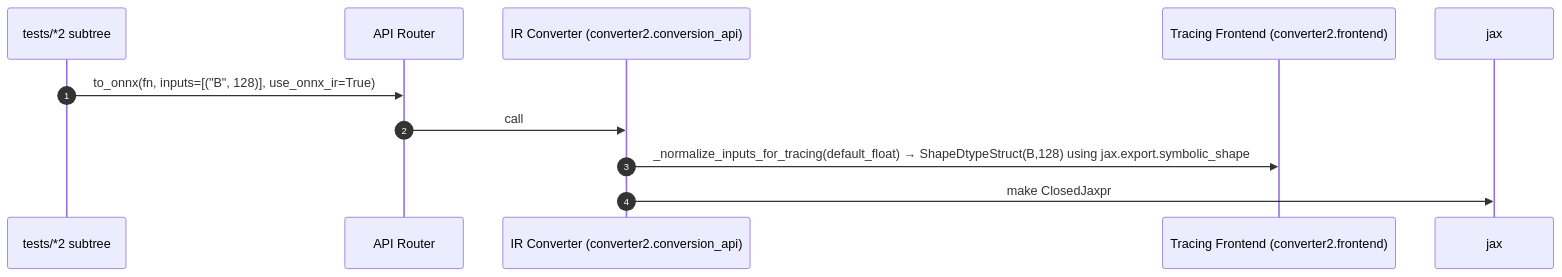
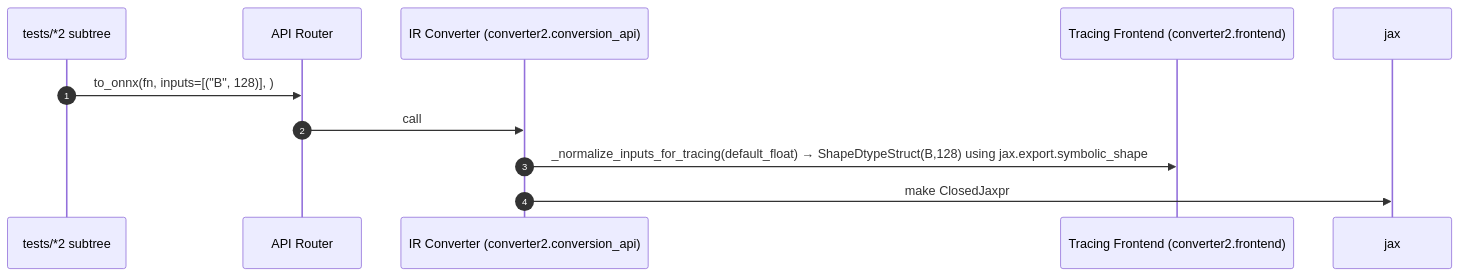
One commit to enpasos/jax2onnx changed the diagram in docs/architecture/_build/flows/symbolic_tracing.md. Above: the diagram before and after it, drawn with Mermaid. The commit also changed 539 other files, not shown here.

````diff
--- a/docs/architecture/_build/flows/symbolic_tracing.md
+++ b/docs/architecture/_build/flows/symbolic_tracing.md
@@ -3,13 +3,13 @@
 ```mermaid
 sequenceDiagram
   autonumber
   participant tests2 as tests/*2 subtree
   participant ui as API Router
   participant converter2 as IR Converter (converter2.conversion_api)
   participant frontend2 as Tracing Frontend (converter2.frontend)
   participant jax as jax
-  tests2->>ui: to_onnx(fn, inputs=[("B", 128)], use_onnx_ir=True)
+  tests2->>ui: to_onnx(fn, inputs=[("B", 128)], )
   ui->>converter2: call
   converter2->>frontend2: _normalize_inputs_for_tracing(default_float) → ShapeDtypeStruct(B,128) using jax.export.symbolic_shape
   converter2->>jax: make ClosedJaxpr
 ```
````
